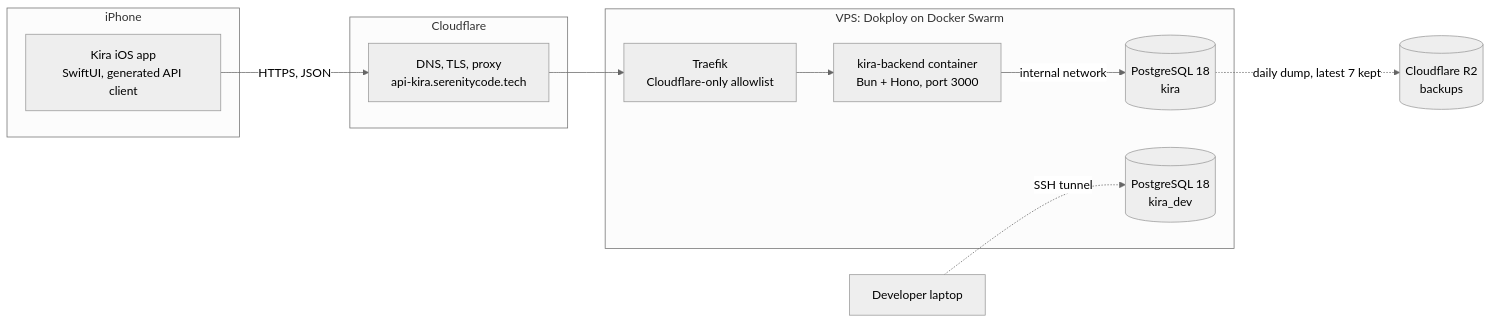
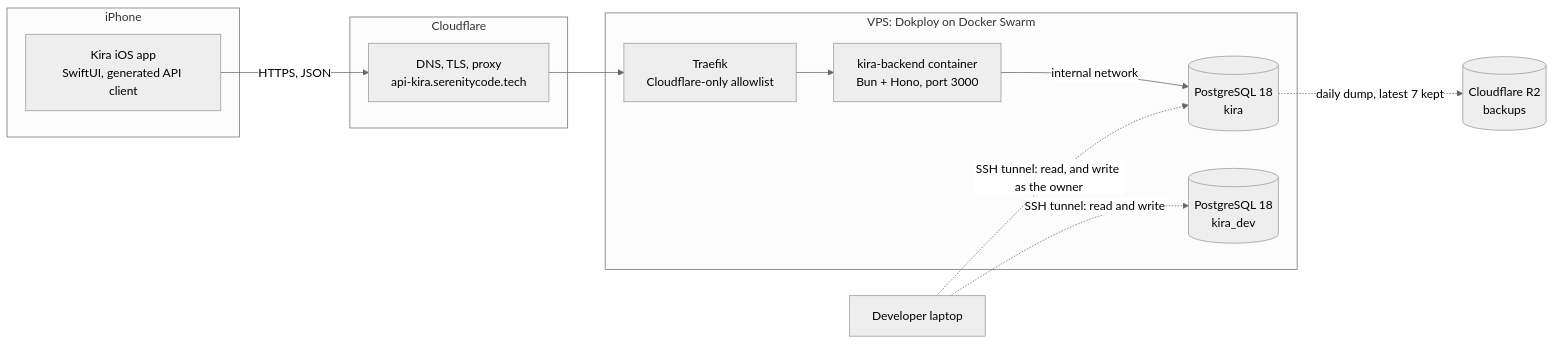
The first of 7 diagrams in README.md (Kira-iOS-Project/kira-backend), drawn with Mermaid (neutral theme) before and after one commit. The commit also changed other lines of this file, not shown here.

````diff
--- a/README.md
+++ b/README.md
@@ -56,22 +56,23 @@
 ```mermaid
 flowchart LR
   subgraph phone["iPhone"]
     app["Kira iOS app<br/>SwiftUI, generated API client"]
   end
   subgraph edge["Cloudflare"]
     cf["DNS, TLS, proxy<br/>api-kira.serenitycode.tech"]
   end
   subgraph vps["VPS: Dokploy on Docker Swarm"]
     traefik["Traefik<br/>Cloudflare-only allowlist"]
     api["kira-backend container<br/>Bun + Hono, port 3000"]
     db[("PostgreSQL 18<br/>kira")]
     devdb[("PostgreSQL 18<br/>kira_dev")]
   end
   r2[("Cloudflare R2<br/>backups")]
   laptop["Developer laptop"]
 
   app -- "HTTPS, JSON" --> cf --> traefik --> api
   api -- "internal network" --> db
   db -. "daily dump, latest 7 kept" .-> r2
-  laptop -. "SSH tunnel" .-> devdb
+  laptop -. "SSH tunnel: read and write" .-> devdb
+  laptop -. "SSH tunnel: read, and write as the owner" .-> db
 ```
````
